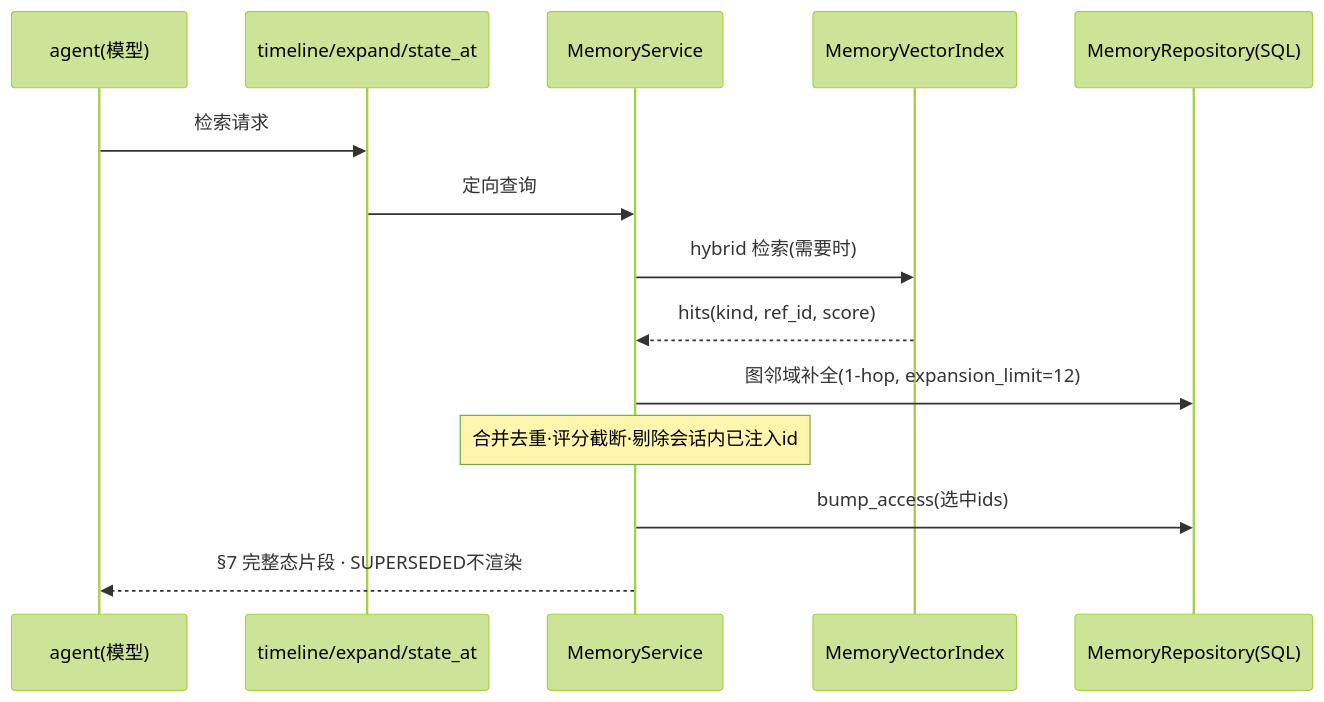
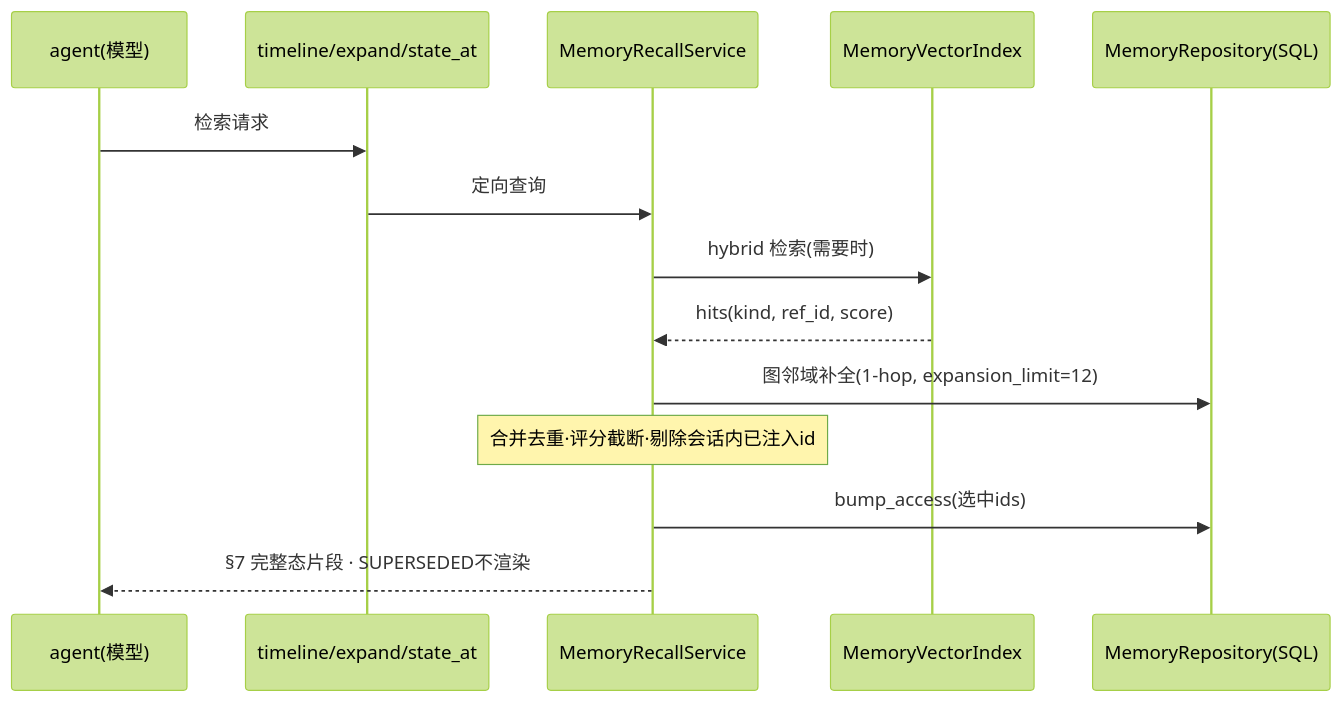
The second of 2 diagrams in docs/memory-v2-design.md (HankChenCH/agentic), drawn with Mermaid (forest theme) before and after one commit. The commit also changed other lines of this file and 50 other files, not shown here.

````diff
--- a/docs/memory-v2-design.md
+++ b/docs/memory-v2-design.md
@@ -184,16 +184,16 @@
 ```mermaid
 sequenceDiagram
     participant M as agent(模型)
     participant TOOL as timeline/expand/state_at
-    participant MS as MemoryService
+    participant MS as MemoryRecallService
     participant IDX as MemoryVectorIndex
     participant REPO as MemoryRepository(SQL)
     M->>TOOL: 检索请求
     TOOL->>MS: 定向查询
     MS->>IDX: hybrid 检索(需要时)
     IDX-->>MS: hits(kind, ref_id, score)
     MS->>REPO: 图邻域补全(1-hop, expansion_limit=12)
     Note over MS: 合并去重·评分截断·剔除会话内已注入id
     MS->>REPO: bump_access(选中ids)
     MS-->>M: §7 完整态片段 · SUPERSEDED不渲染
 ```
````
